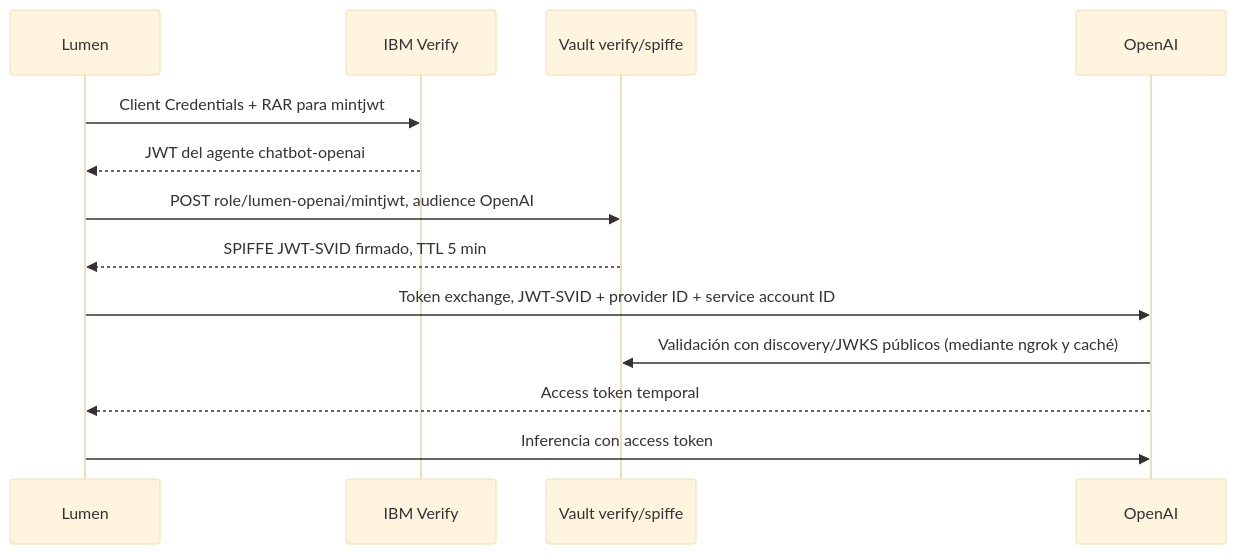
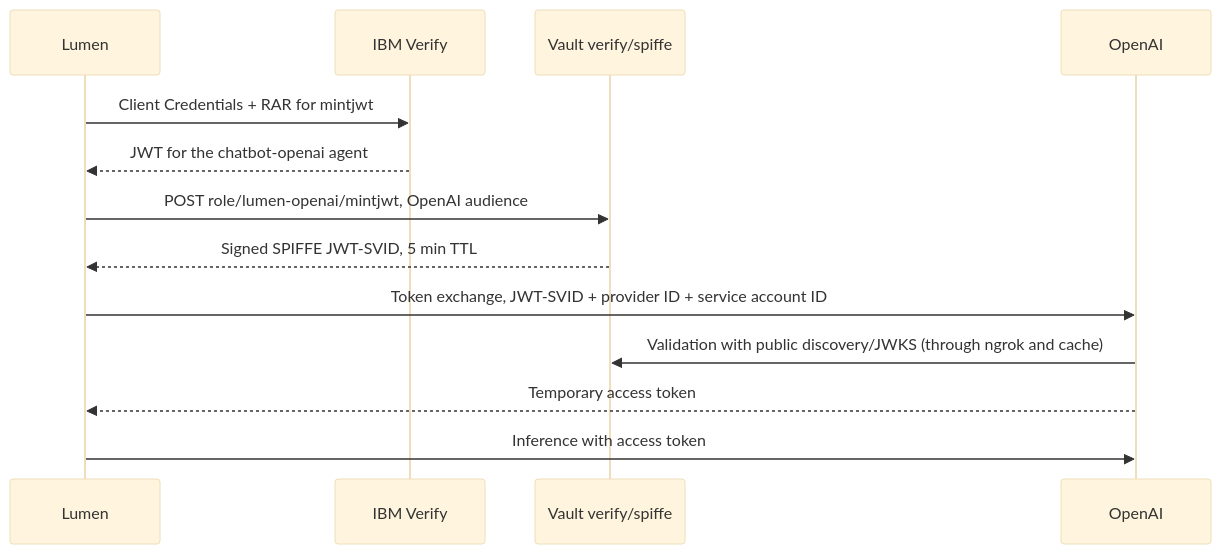
The diagram in docs/OPENAI_SPIFFE.md (jm-merchan/Agentic_IAM_Vault), drawn with Mermaid (base theme) before and after one commit. The commit also changed other lines of this file and 143 other files, not shown here.

````diff
--- a/docs/OPENAI_SPIFFE.md
+++ b/docs/OPENAI_SPIFFE.md
@@ -92,15 +94,15 @@
 ```mermaid
 sequenceDiagram
     participant L as Lumen
     participant V as IBM Verify
     participant H as Vault verify/spiffe
     participant O as OpenAI
-    L->>V: Client Credentials + RAR para mintjwt
-    V-->>L: JWT del agente chatbot-openai
-    L->>H: POST role/lumen-openai/mintjwt, audience OpenAI
-    H-->>L: SPIFFE JWT-SVID firmado, TTL 5 min
+    L->>V: Client Credentials + RAR for mintjwt
+    V-->>L: JWT for the chatbot-openai agent
+    L->>H: POST role/lumen-openai/mintjwt, OpenAI audience
+    H-->>L: Signed SPIFFE JWT-SVID, 5 min TTL
     L->>O: Token exchange, JWT-SVID + provider ID + service account ID
-    O->>H: Validación con discovery/JWKS públicos (mediante ngrok y caché)
-    O-->>L: Access token temporal
-    L->>O: Inferencia con access token
+    O->>H: Validation with public discovery/JWKS (through ngrok and cache)
+    O-->>L: Temporary access token
+    L->>O: Inference with access token
 ```
````
